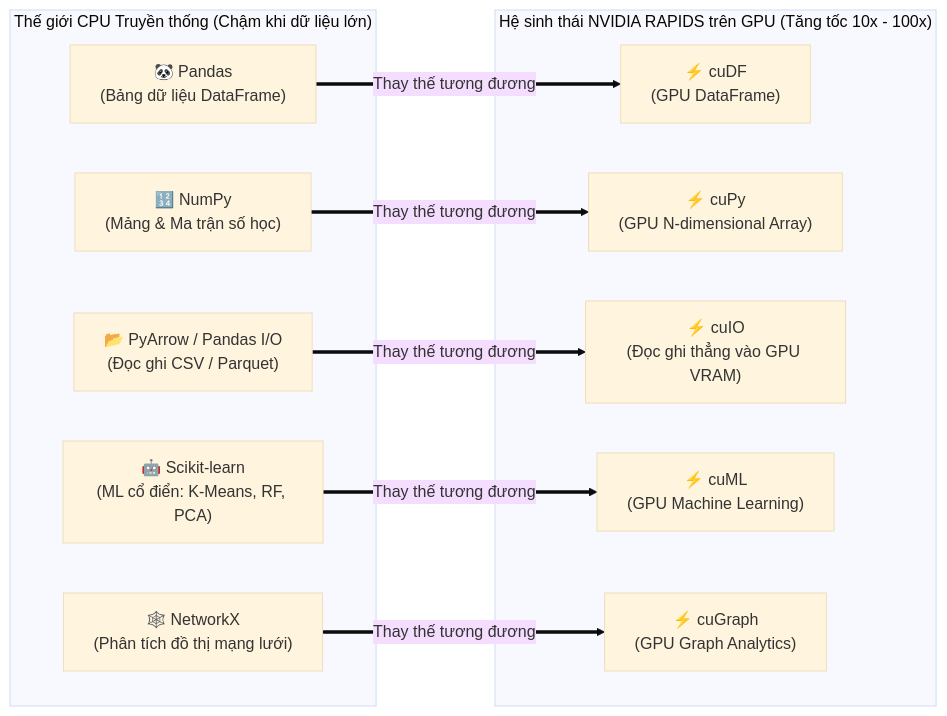
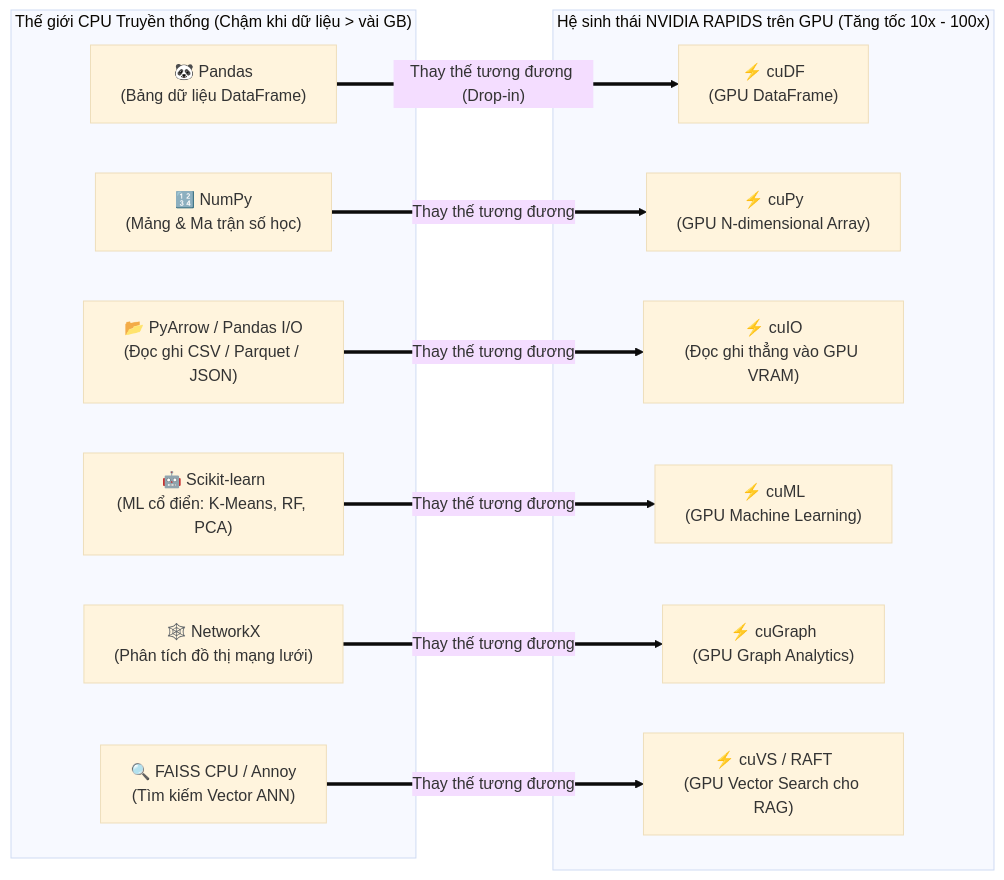
The third of 6 diagrams in Module_08_NVIDIA_Ecosystem.md (nxthanh2904/nca-genl), drawn with Mermaid (base theme) before and after one commit. The commit also changed other lines of this file and 11 other files, not shown here.

````diff
--- a/Module_08_NVIDIA_Ecosystem.md
+++ b/Module_08_NVIDIA_Ecosystem.md
@@ -82,24 +125,27 @@
 ```mermaid
 flowchart LR
-    subgraph CPU_World["Thế giới CPU Truyền thống (Chậm khi dữ liệu lớn)"]
+    subgraph CPU_World["Thế giới CPU Truyền thống (Chậm khi dữ liệu > vài GB)"]
         P1["🐼 Pandas<br/>(Bảng dữ liệu DataFrame)"]
         P2["🔢 NumPy<br/>(Mảng & Ma trận số học)"]
-        P3["📂 PyArrow / Pandas I/O<br/>(Đọc ghi CSV / Parquet)"]
+        P3["📂 PyArrow / Pandas I/O<br/>(Đọc ghi CSV / Parquet / JSON)"]
         P4["🤖 Scikit-learn<br/>(ML cổ điển: K-Means, RF, PCA)"]
         P5["🕸️ NetworkX<br/>(Phân tích đồ thị mạng lưới)"]
+        P6["🔍 FAISS CPU / Annoy<br/>(Tìm kiếm Vector ANN)"]
     end
 
     subgraph GPU_World["Hệ sinh thái NVIDIA RAPIDS trên GPU (Tăng tốc 10x - 100x)"]
         G1["⚡ cuDF<br/>(GPU DataFrame)"]
         G2["⚡ cuPy<br/>(GPU N-dimensional Array)"]
         G3["⚡ cuIO<br/>(Đọc ghi thẳng vào GPU VRAM)"]
         G4["⚡ cuML<br/>(GPU Machine Learning)"]
         G5["⚡ cuGraph<br/>(GPU Graph Analytics)"]
+        G6["⚡ cuVS / RAFT<br/>(GPU Vector Search cho RAG)"]
     end
 
-    P1 ==>|"Thay thế tương đương"| G1
+    P1 ==>|"Thay thế tương đương (Drop-in)"| G1
     P2 ==>|"Thay thế tương đương"| G2
     P3 ==>|"Thay thế tương đương"| G3
     P4 ==>|"Thay thế tương đương"| G4
     P5 ==>|"Thay thế tương đương"| G5
+    P6 ==>|"Thay thế tương đương"| G6
 ```
````
